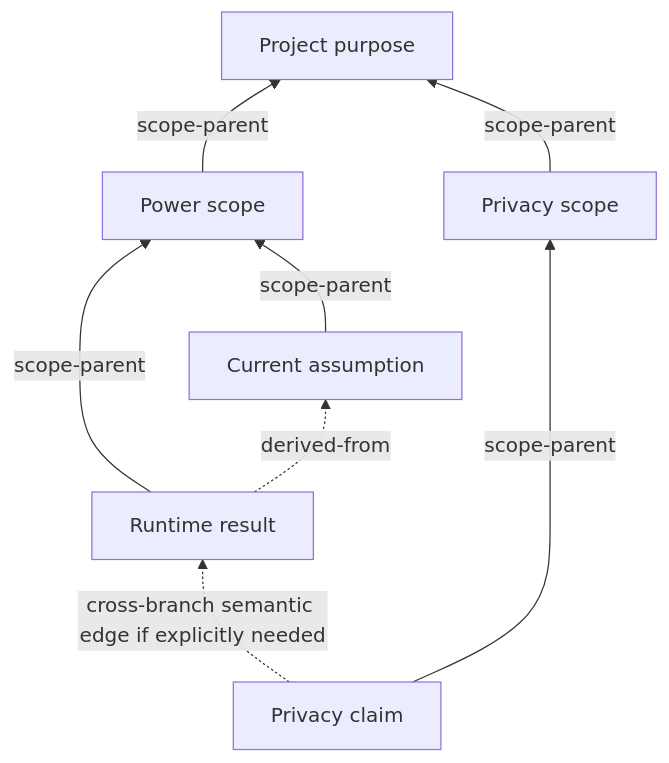
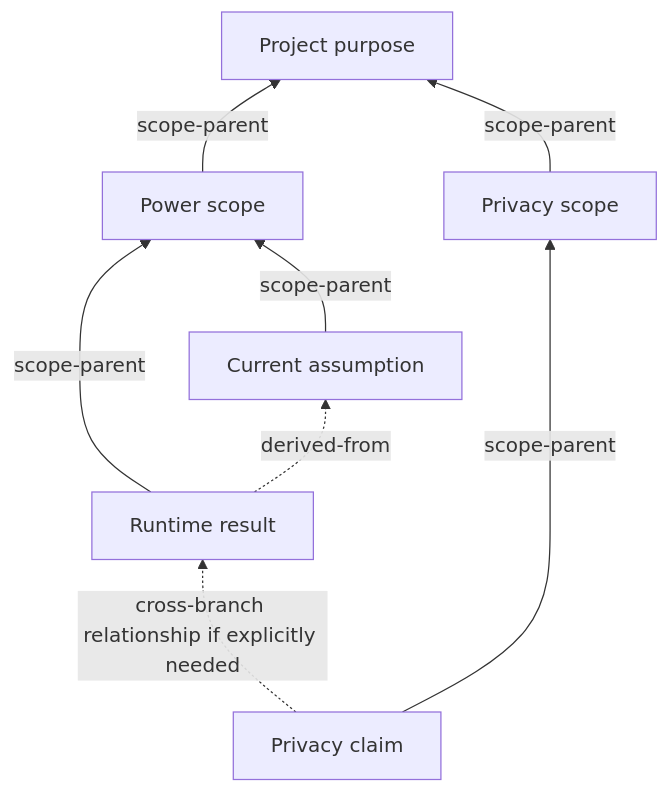
The diagram in README.md (estradajazmin39-hue/ValidatedWorld), drawn with Mermaid before and after one commit. The commit also changed other lines of this file and 12 other files, not shown here.

````diff
--- a/README.md
+++ b/README.md
@@ -72,10 +105,10 @@
 ```mermaid
 graph BT
   Power["Power scope"] -->|scope-parent| Purpose["Project purpose"]
   Privacy["Privacy scope"] -->|scope-parent| Purpose
   Runtime["Runtime result"] -->|scope-parent| Power
   Current["Current assumption"] -->|scope-parent| Power
   Claim["Privacy claim"] -->|scope-parent| Privacy
   Runtime -. "derived-from" .-> Current
-  Claim -. "cross-branch semantic edge if explicitly needed" .-> Runtime
+  Claim -. "cross-branch relationship if explicitly needed" .-> Runtime
 ```
````
